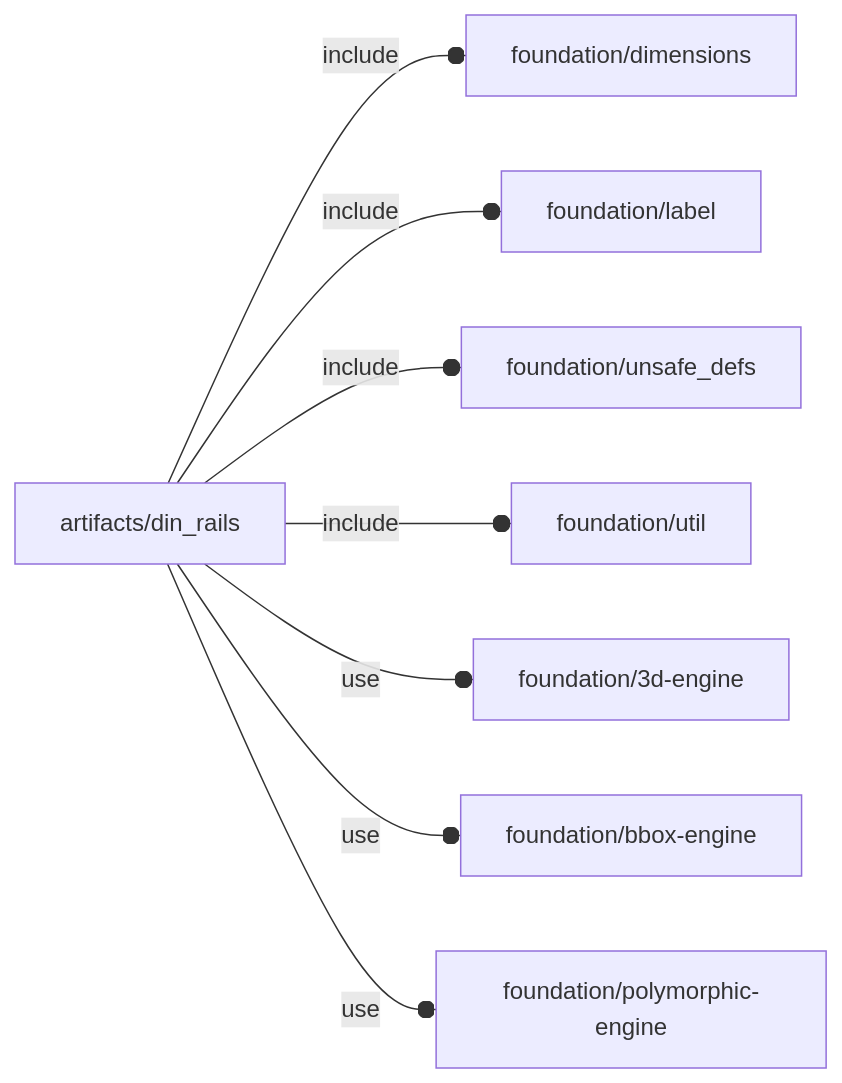
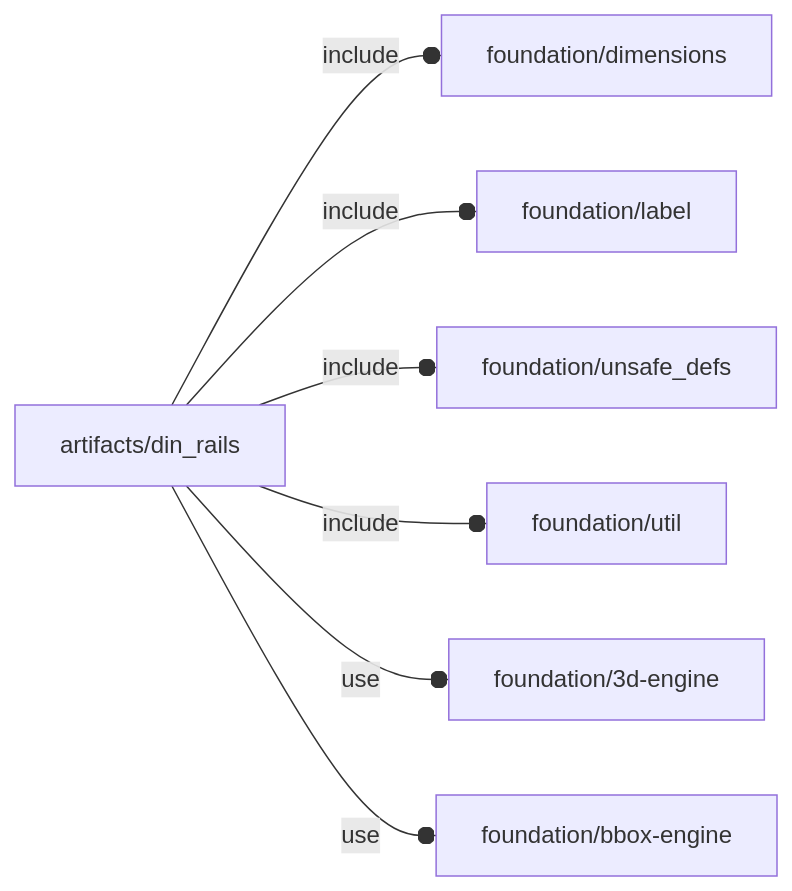
Before and after one commit to ggabbiani/OFL: the diagram in orthodocs/artifacts/din_rails.md, drawn with Mermaid. The commit also changed 69 other files, not shown here.

````diff
--- a/orthodocs/artifacts/din_rails.md
+++ b/orthodocs/artifacts/din_rails.md
@@ -5,10 +5,9 @@
 ```mermaid
 graph LR
     A1[artifacts/din_rails] --o|include| A2[foundation/dimensions]
     A1 --o|include| A3[foundation/label]
     A1 --o|include| A4[foundation/unsafe_defs]
     A1 --o|include| A5[foundation/util]
     A1 --o|use| A6[foundation/3d-engine]
     A1 --o|use| A7[foundation/bbox-engine]
-    A1 --o|use| A8[foundation/polymorphic-engine]
 ```
````
